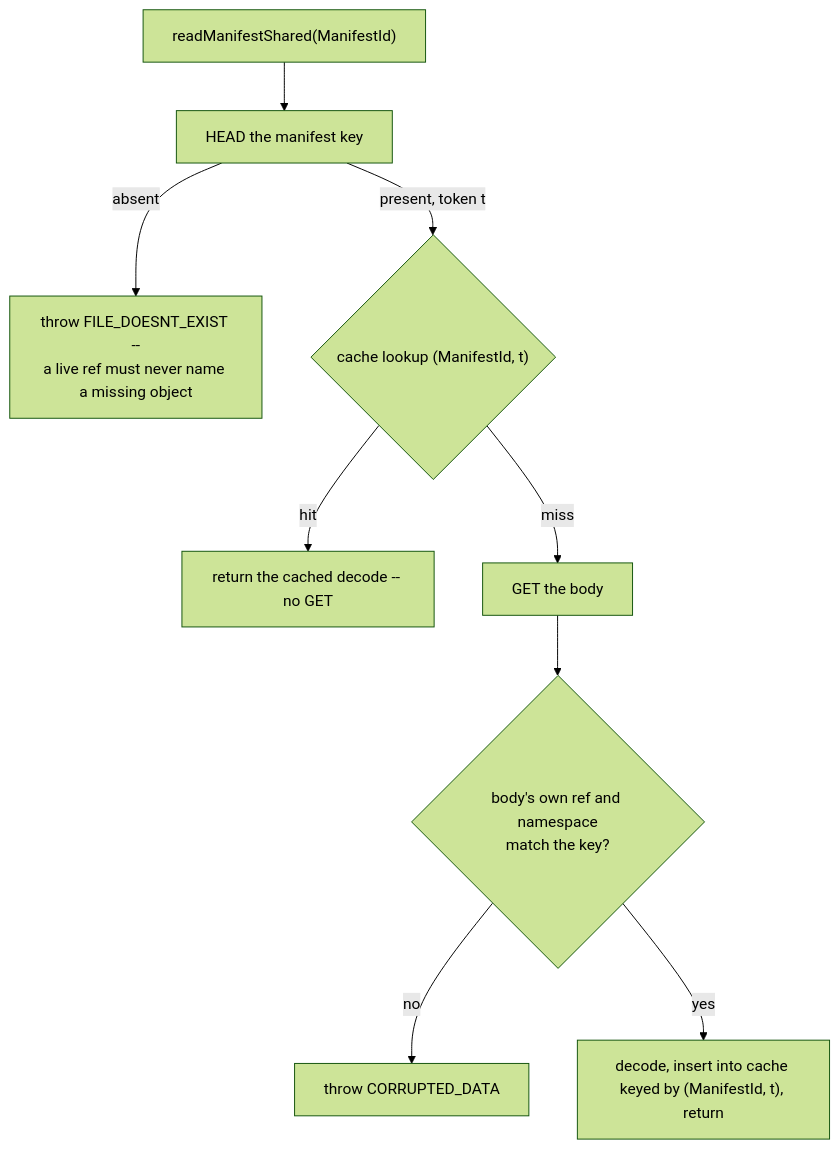
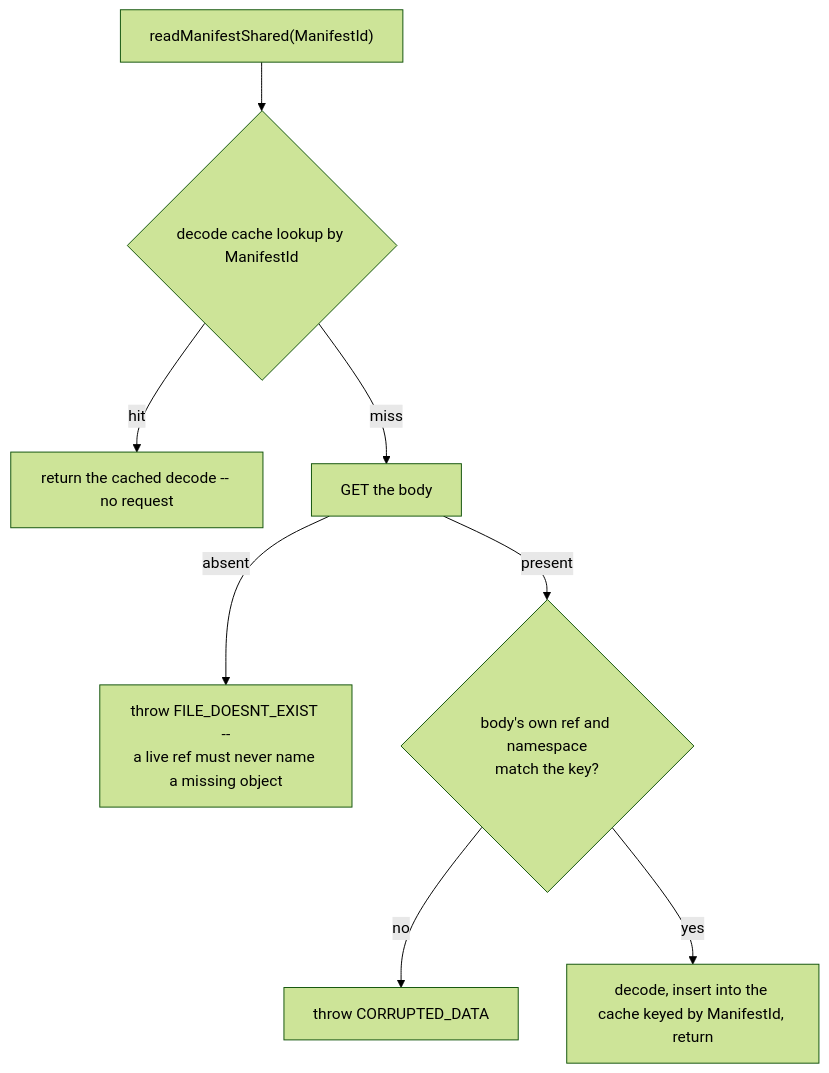
Before and after one commit to Altinity/ClickHouse: the diagram in docs/en/antalya/cas/architecture/read-path.md, drawn with Mermaid (forest theme). The commit also changed other lines of this file and 9 other files, not shown here.

First line of the commit message:
ca-docs: the manifest decode cache serves a hit without a request

````diff
--- a/docs/en/antalya/cas/architecture/read-path.md
+++ b/docs/en/antalya/cas/architecture/read-path.md
@@ -45,11 +45,10 @@
 ```mermaid
 flowchart TD
-    A["readManifestShared(ManifestId)"] --> B["HEAD the manifest key"]
-    B -->|"absent"| C["throw FILE_DOESNT_EXIST --<br/>a live ref must never name a missing object"]
-    B -->|"present, token t"| D{"cache lookup (ManifestId, t)"}
-    D -->|hit| E["return the cached decode -- no GET"]
-    D -->|miss| F["GET the body"]
-    F --> G{"body's own ref and namespace<br/>match the key?"}
-    G -->|no| H["throw CORRUPTED_DATA"]
-    G -->|yes| I["decode, insert into cache keyed by (ManifestId, t), return"]
+    A["readManifestShared(ManifestId)"] --> B{"decode cache lookup by ManifestId"}
+    B -->|hit| C["return the cached decode -- no request"]
+    B -->|miss| D["GET the body"]
+    D -->|"absent"| E["throw FILE_DOESNT_EXIST --<br/>a live ref must never name a missing object"]
+    D -->|"present"| F{"body's own ref and namespace<br/>match the key?"}
+    F -->|no| G["throw CORRUPTED_DATA"]
+    F -->|yes| H["decode, insert into the cache keyed by ManifestId, return"]
 ```
````
